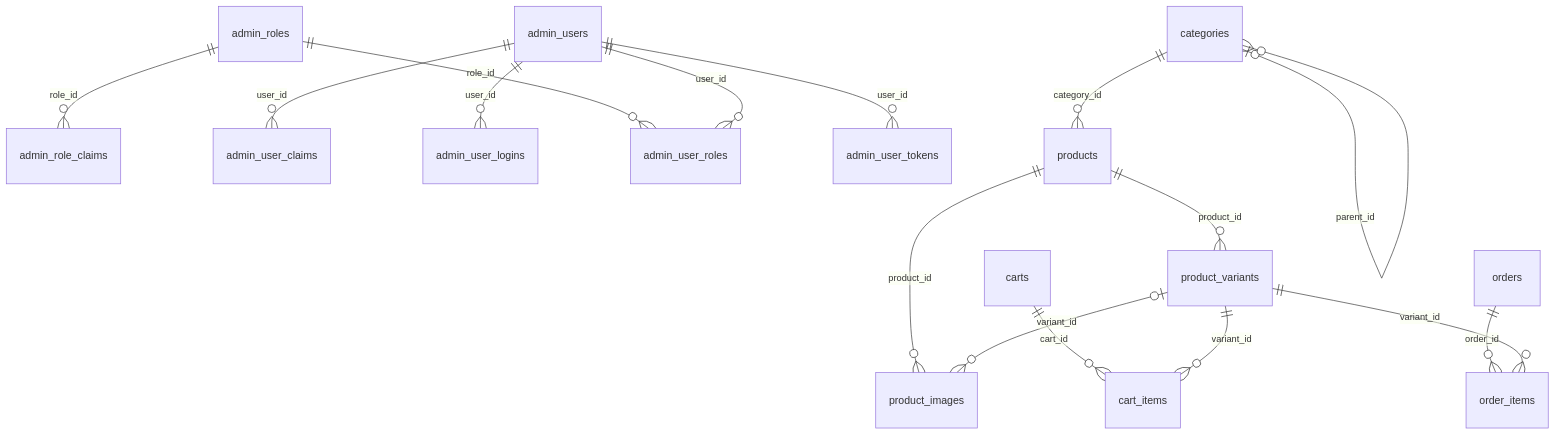
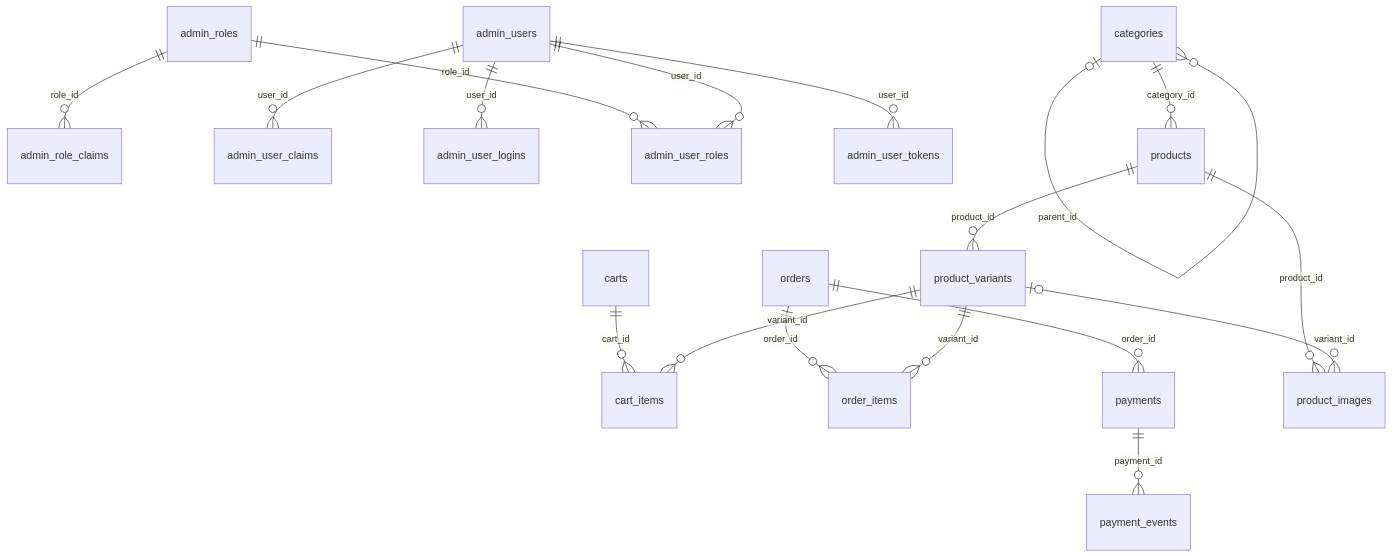
The diagram in docs/database-schema.md (IvanSemov44/printko3d), drawn with Mermaid before and after one commit. The commit also changed other lines of this file and 97 other files, not shown here.

First line of the commit message:
feat(payments): pay an order through a signed test provider, with a deadline for unpaid orders (task 26) (#88)

````diff
--- a/docs/database-schema.md
+++ b/docs/database-schema.md
@@ -11,18 +11,20 @@
 ```mermaid
 erDiagram
     admin_roles ||--o{ admin_role_claims : "role_id"
     admin_users ||--o{ admin_user_claims : "user_id"
     admin_users ||--o{ admin_user_logins : "user_id"
     admin_roles ||--o{ admin_user_roles : "role_id"
     admin_users ||--o{ admin_user_roles : "user_id"
     admin_users ||--o{ admin_user_tokens : "user_id"
     carts ||--o{ cart_items : "cart_id"
     product_variants ||--o{ cart_items : "variant_id"
     categories |o--o{ categories : "parent_id"
     orders ||--o{ order_items : "order_id"
     product_variants ||--o{ order_items : "variant_id"
+    payments ||--o{ payment_events : "payment_id"
+    orders ||--o{ payments : "order_id"
     products ||--o{ product_images : "product_id"
     product_variants |o--o{ product_images : "variant_id"
     products ||--o{ product_variants : "product_id"
     categories ||--o{ products : "category_id"
 ```
````
